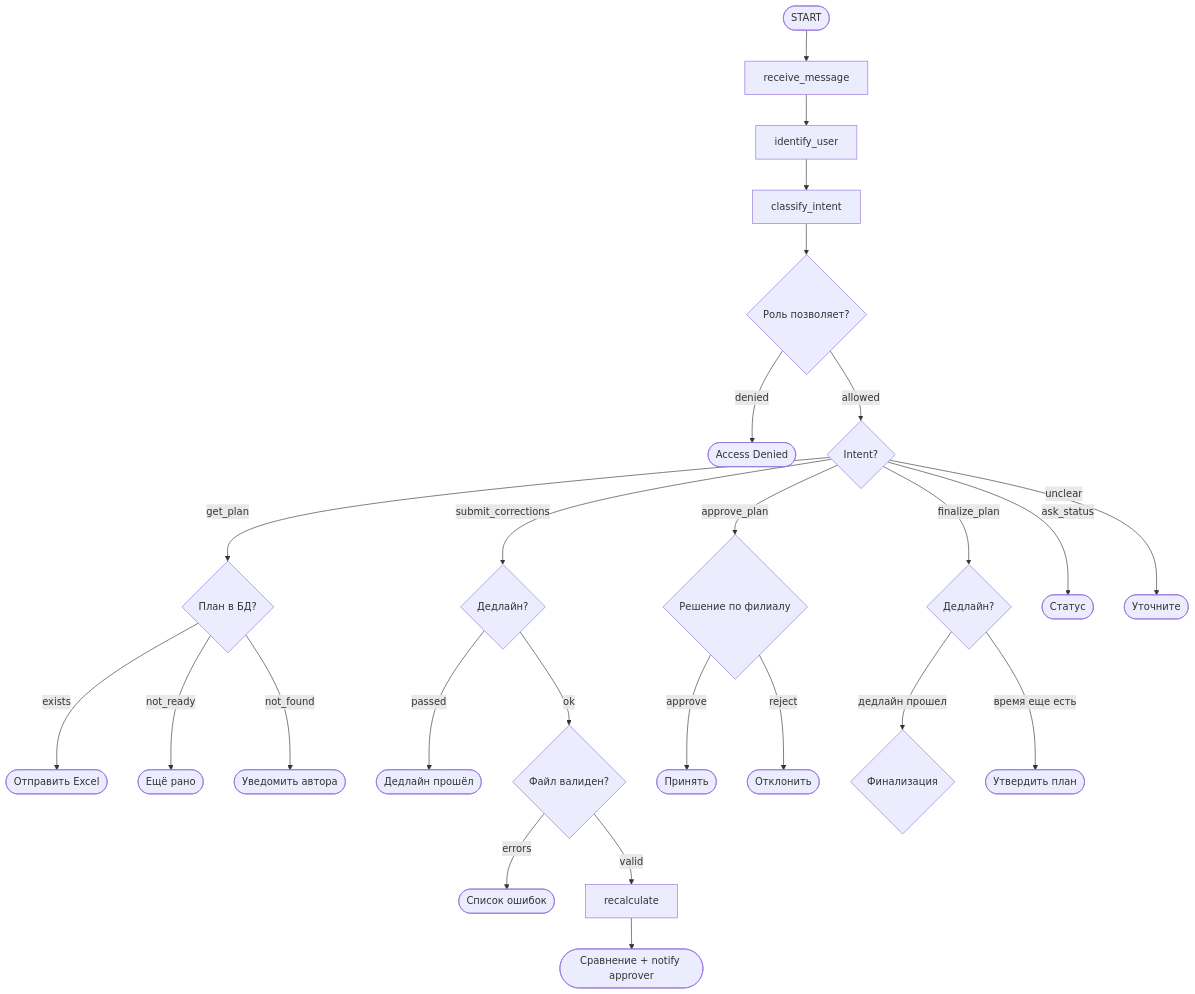
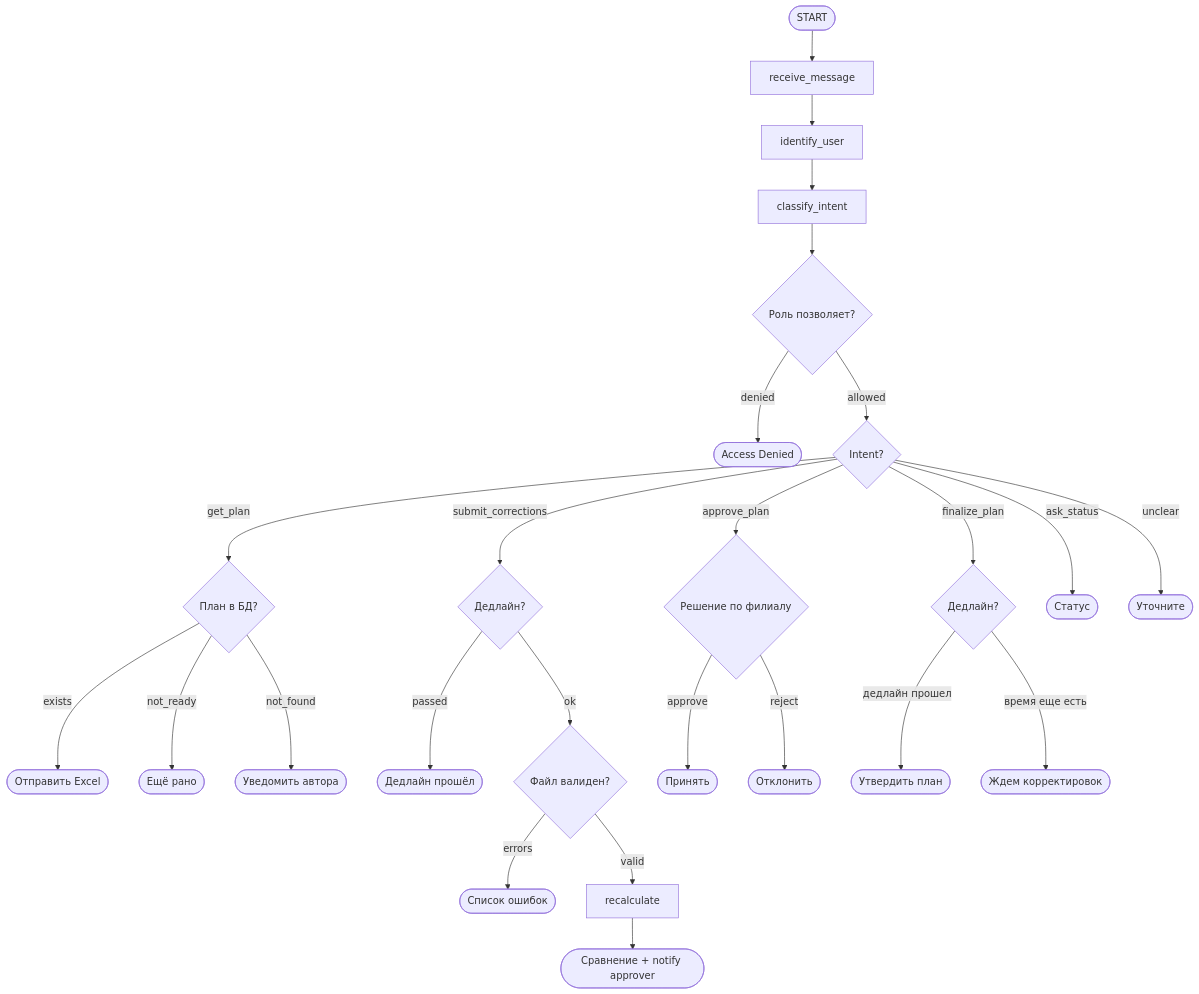
Before and after one commit to WhatSoNot7/ad-placement-agent: the diagram in README.md, drawn with Mermaid.

Commit message:
обновлена схема

````diff
--- a/README.md
+++ b/README.md
@@ -39,33 +39,33 @@
 ```mermaid
 graph TD
     START([START]) --> receive_message
     receive_message --> identify_user
     identify_user --> classify_intent
 
     classify_intent --> check_permissions{Роль позволяет?}
     check_permissions -->|denied| respond_denied([Access Denied])
 
     check_permissions -->|allowed| route_intent{Intent?}
 
     route_intent -->|get_plan| check_plan{План в БД?}
     check_plan -->|exists| export_excel([Отправить Excel])
     check_plan -->|not_ready| respond_early([Ещё рано])
     check_plan -->|not_found| offer_notify([Уведомить автора])
 
     route_intent -->|submit_corrections| check_deadline{Дедлайн?}
     check_deadline -->|passed| respond_deadline([Дедлайн прошёл])
     check_deadline -->|ok| validate_excel{Файл валиден?}
     validate_excel -->|errors| respond_errors([Список ошибок])
     validate_excel -->|valid| recalculate --> comparison([Сравнение + notify approver])
 
     route_intent -->|approve_plan| partial_decision{Решение по филиалу}
     partial_decision -->|approve| approve_branch([Принять])
     partial_decision -->|reject| reject_branch([Отклонить])
 	
 	route_intent -->|finalize_plan| deadline_is_passed{Дедлайн?}
-    deadline_is_passed -->|дедлайн прошел| finalize_plan{Финализация}
-    deadline_is_passed -->|время еще есть| wait([Утвердить план])
+    deadline_is_passed -->|дедлайн прошел| finalize_plan([Утвердить план])
+    deadline_is_passed -->|время еще есть| wait([Ждем корректировок])
 
     route_intent -->|ask_status| respond_status([Статус])
     route_intent -->|unclear| respond_clarify([Уточните])
 ```
````
